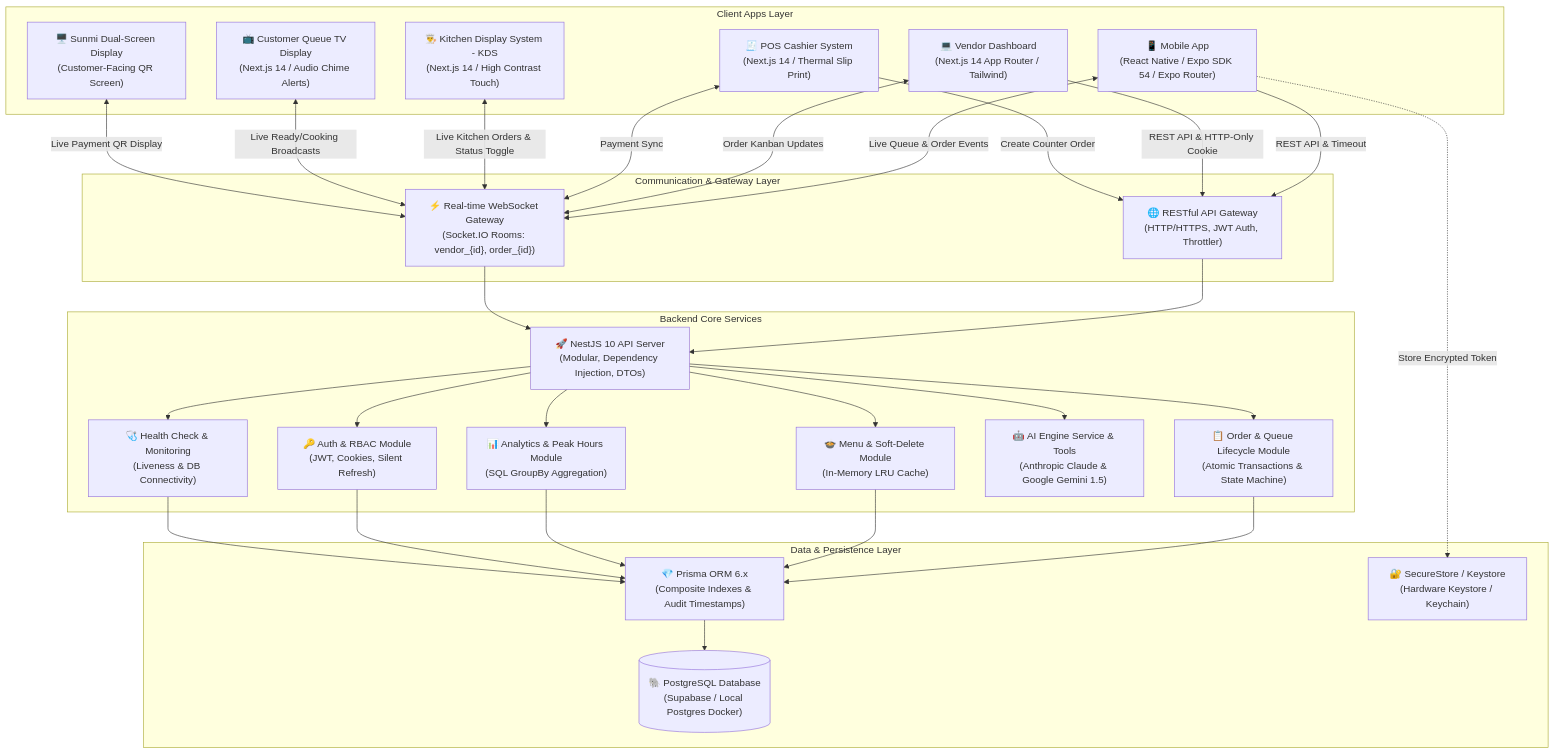
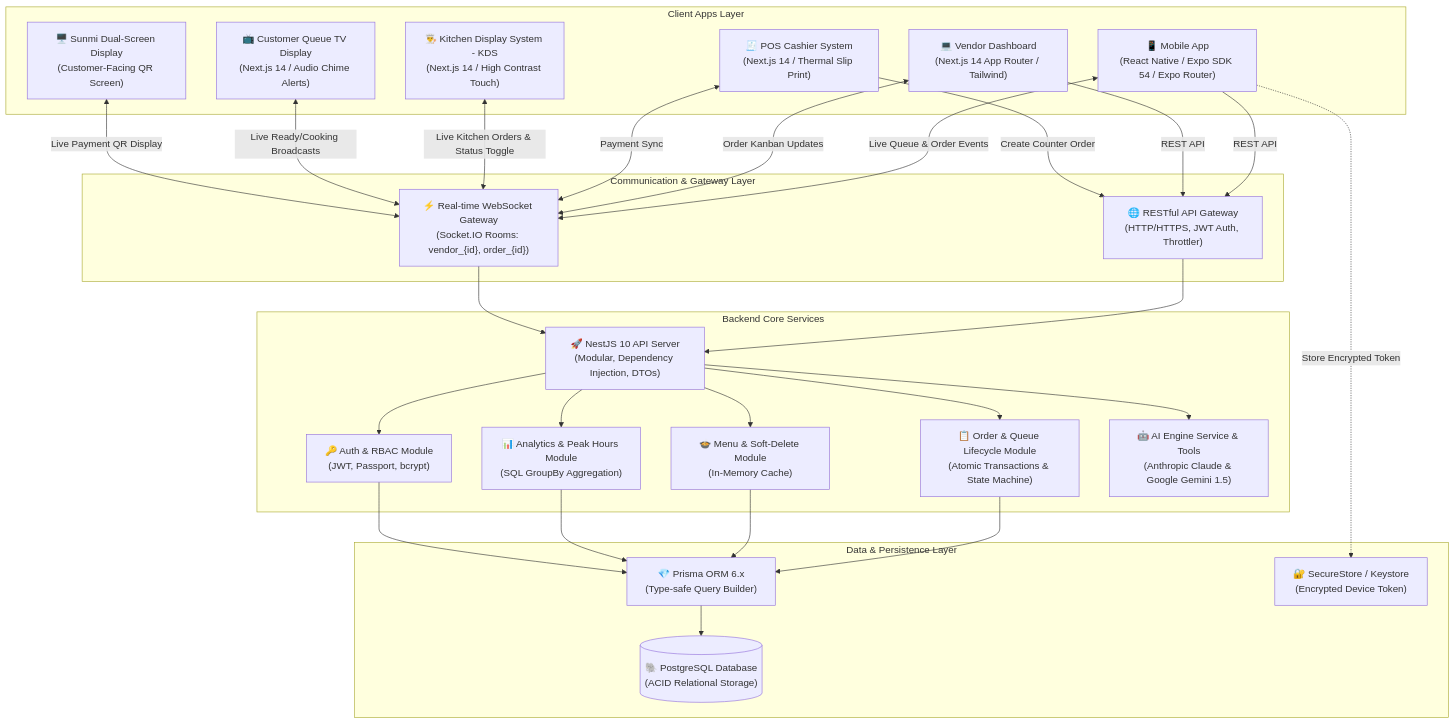
One commit to azazxxc147896325-beep/ProjectEnd changed the first of 3 diagrams in README.md. Above: the diagram before and after it, drawn with Mermaid. The commit also changed other lines of this file, not shown here.

Commit message:
docs: ปรับโครงสร้าง README.md ให้กระชับ สรุปเฉพาะ Architecture, State Machine, Frameworks และการทำงานของระบบ

````diff
--- a/README.md
+++ b/README.md
@@ -50,67 +10,64 @@
 ```mermaid
 graph TD
     subgraph Client Apps Layer
         Mobile["📱 Mobile App<br/>(React Native / Expo SDK 54 / Expo Router)"]
         WebDash["💻 Vendor Dashboard<br/>(Next.js 14 App Router / Tailwind)"]
         WebPOS["🧾 POS Cashier System<br/>(Next.js 14 / Thermal Slip Print)"]
         WebKDS["👨‍🍳 Kitchen Display System - KDS<br/>(Next.js 14 / High Contrast Touch)"]
         WebQueue["📺 Customer Queue TV Display<br/>(Next.js 14 / Audio Chime Alerts)"]
         WebSunmi["🖥️ Sunmi Dual-Screen Display<br/>(Customer-Facing QR Screen)"]
     end
 
     subgraph Communication & Gateway Layer
         REST["🌐 RESTful API Gateway<br/>(HTTP/HTTPS, JWT Auth, Throttler)"]
         WS["⚡ Real-time WebSocket Gateway<br/>(Socket.IO Rooms: vendor_{id}, order_{id})"]
     end
 
     subgraph Backend Core Services
         Nest["🚀 NestJS 10 API Server<br/>(Modular, Dependency Injection, DTOs)"]
-        AuthMod["🔑 Auth & RBAC Module<br/>(JWT, Cookies, Silent Refresh)"]
+        AuthMod["🔑 Auth & RBAC Module<br/>(JWT, Passport, bcrypt)"]
         OrderMod["📋 Order & Queue Lifecycle Module<br/>(Atomic Transactions & State Machine)"]
-        MenuMod["🍲 Menu & Soft-Delete Module<br/>(In-Memory LRU Cache)"]
+        MenuMod["🍲 Menu & Soft-Delete Module<br/>(In-Memory Cache)"]
         AnalyticsMod["📊 Analytics & Peak Hours Module<br/>(SQL GroupBy Aggregation)"]
         AIMod["🤖 AI Engine Service & Tools<br/>(Anthropic Claude & Google Gemini 1.5)"]
-        HealthMod["🩺 Health Check & Monitoring<br/>(Liveness & DB Connectivity)"]
     end
 
     subgraph Data & Persistence Layer
-        Prisma["💎 Prisma ORM 6.x<br/>(Composite Indexes & Audit Timestamps)"]
-        Postgres[("🐘 PostgreSQL Database<br/>(Supabase / Local Postgres Docker)")]
-        SecureStore["🔐 SecureStore / Keystore<br/>(Hardware Keystore / Keychain)"]
+        Prisma["💎 Prisma ORM 6.x<br/>(Type-safe Query Builder)"]
+        Postgres[("🐘 PostgreSQL Database<br/>(ACID Relational Storage)")]
+        SecureStore["🔐 SecureStore / Keystore<br/>(Encrypted Device Token)"]
     end
 
     %% Client Connections
-    Mobile -->|REST API & Timeout| REST
+    Mobile -->|REST API| REST
     Mobile <-->|Live Queue & Order Events| WS
     Mobile -.->|Store Encrypted Token| SecureStore
 
-    WebDash -->|REST API & HTTP-Only Cookie| REST
+    WebDash -->|REST API| REST
     WebDash <-->|Order Kanban Updates| WS
 
     WebPOS -->|Create Counter Order| REST
     WebPOS <-->|Payment Sync| WS
 
     WebKDS <-->|Live Kitchen Orders & Status Toggle| WS
     WebQueue <-->|Live Ready/Cooking Broadcasts| WS
     WebSunmi <-->|Live Payment QR Display| WS
 
     %% Gateway to Backend
     REST --> Nest
     WS --> Nest
 
     %% Nest Modules
     Nest --> AuthMod
     Nest --> OrderMod
     Nest --> MenuMod
     Nest --> AnalyticsMod
     Nest --> AIMod
-    Nest --> HealthMod
 
     %% Persistence
     OrderMod --> Prisma
     MenuMod --> Prisma
     AnalyticsMod --> Prisma
     AuthMod --> Prisma
-    HealthMod --> Prisma
     Prisma --> Postgres
 ```
````
